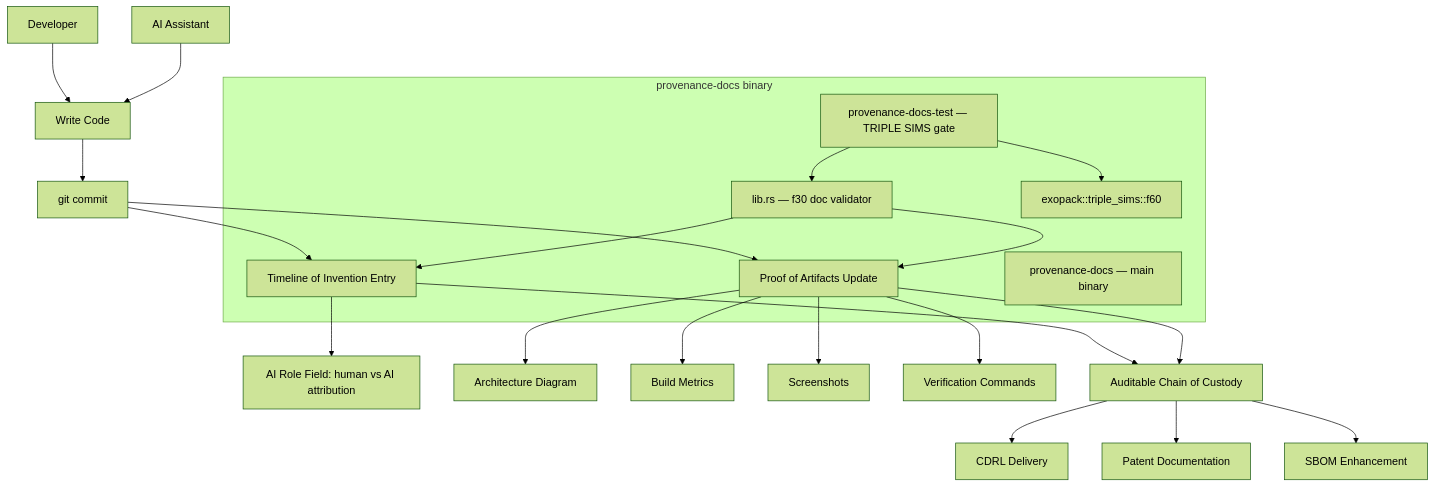
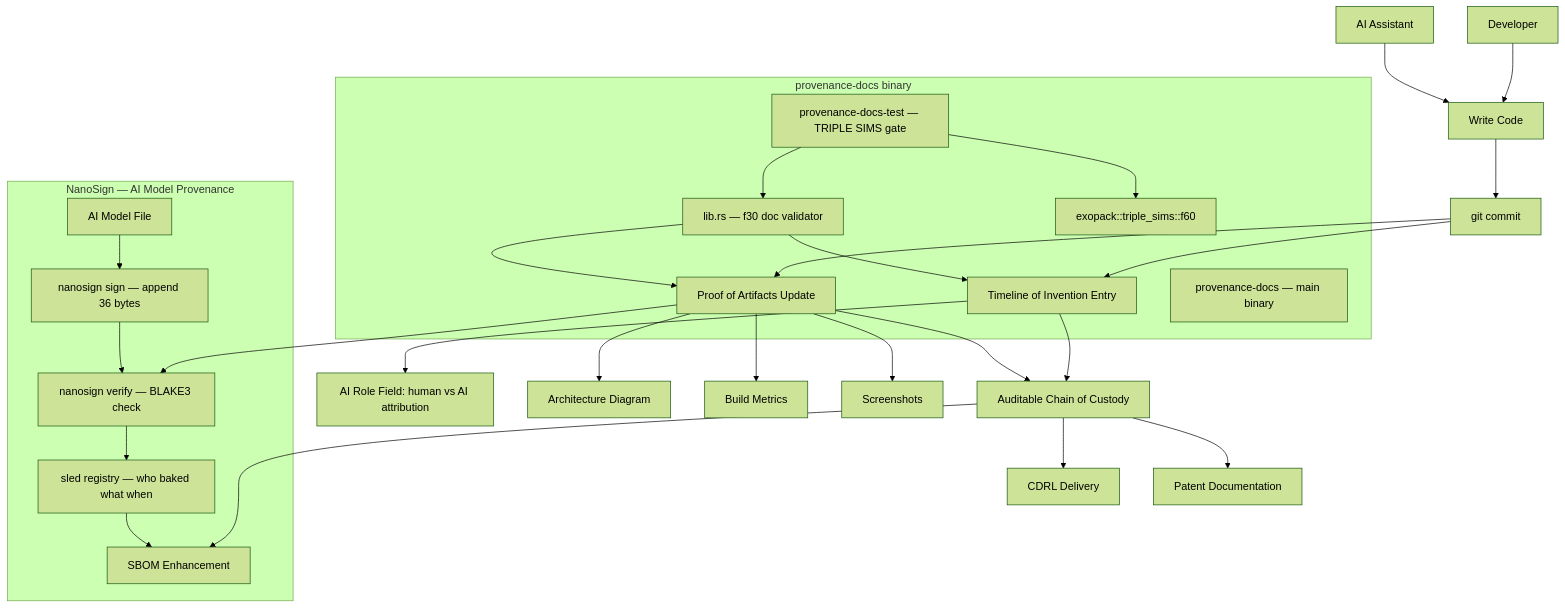
One commit to cochranblock/provenance-docs changed the diagram in PROOF_OF_ARTIFACTS.md. Above: the diagram before and after it, drawn with Mermaid (forest theme). The commit also changed other lines of this file and 2 other files, not shown here.

Commit message:
NanoSign provenance mechanism with P23 Triple Lens validation
Whitepaper Section 4.4: added P23 validation paragraph — optimist,
pessimist, paranoia lenses evaluated NanoSign across IRONHIVE cluster.
Synthesis: high-confidence integrity, origin auth deferred.

POA: added NanoSign subgraph to architecture diagram (sign/verify/
registry/SBOM flow). Updated screenshots to current f30 output (12
hashes). Added missing 3116cf0 to commit log. Updated TOI entry with
P23 reference and folded 3116cf0.

TRIPLE SIMS 3/3. 13 cross-doc hashes. Clippy clean.

````diff
--- a/PROOF_OF_ARTIFACTS.md
+++ b/PROOF_OF_ARTIFACTS.md
@@ -11,29 +11,40 @@
 ```mermaid
 flowchart TD
     Dev[Developer] --> Code[Write Code]
     AI[AI Assistant] --> Code
     Code --> Commit[git commit]
     Commit --> TOI[Timeline of Invention Entry]
     TOI --> AIRole[AI Role Field: human vs AI attribution]
     Commit --> POA[Proof of Artifacts Update]
     POA --> Arch[Architecture Diagram]
     POA --> Build[Build Metrics]
     POA --> Screenshots[Screenshots]
     POA --> Verify[Verification Commands]
     TOI --> Audit[Auditable Chain of Custody]
     POA --> Audit
     Audit --> CDRL[CDRL Delivery]
     Audit --> Patent[Patent Documentation]
     Audit --> SBOM[SBOM Enhancement]
 
+    subgraph "NanoSign — AI Model Provenance"
+        ModelFile[AI Model File]
+        Sign[nanosign sign — append 36 bytes]
+        Verify[nanosign verify — BLAKE3 check]
+        Registry[sled registry — who baked what when]
+        ModelFile --> Sign
+        Sign --> Verify
+        Verify --> Registry
+        Registry --> SBOM
+    end
+
     subgraph "provenance-docs binary"
         Main[provenance-docs — main binary]
         Lib[lib.rs — f30 doc validator]
         Test[provenance-docs-test — TRIPLE SIMS gate]
         Exopack[exopack::triple_sims::f60]
         Test --> Exopack
         Test --> Lib
         Lib --> TOI
         Lib --> POA
     end
 ```
````
